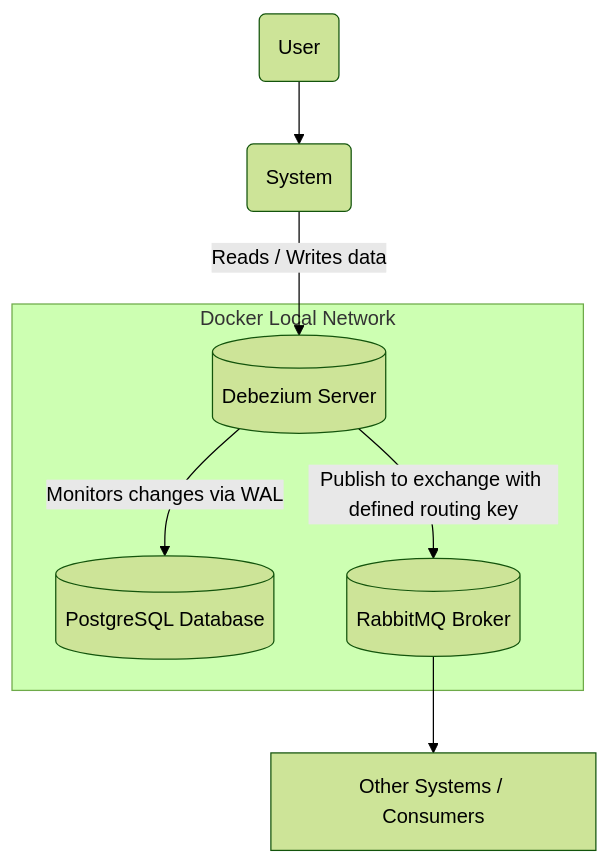
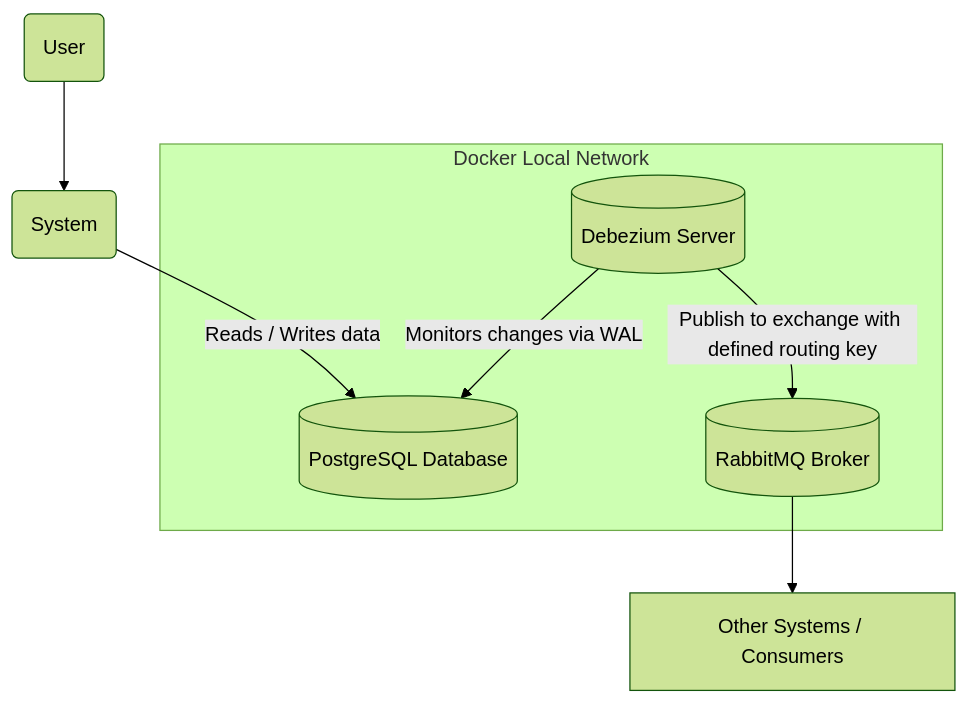
The diagram in debezium-cdc-rabbit/README.md (marceloserpa/marcelo_serpa_sandbox), drawn with Mermaid (forest theme) before and after one commit.

Commit message:
debezium: CDC RabbitMQ: doc

````diff
--- a/debezium-cdc-rabbit/README.md
+++ b/debezium-cdc-rabbit/README.md
@@ -19,20 +19,20 @@
 ```mermaid
 flowchart TD
     %% C4 Container Diagram
 
     person(User)
     system(System)
 
     person --> system
 
     subgraph docker-network[Docker Local Network]
         db[(PostgreSQL Database)]
         broker[(RabbitMQ Broker)]
         debezium[(Debezium Server)]
     end
 
-    system -->|Reads / Writes data| debezium
+    system -->|Reads / Writes data| db
     debezium -->|Monitors changes via WAL| db
     debezium -->|Publish to exchange with defined routing key| broker
     broker --> consumer[Other Systems / Consumers]
 ```
````
